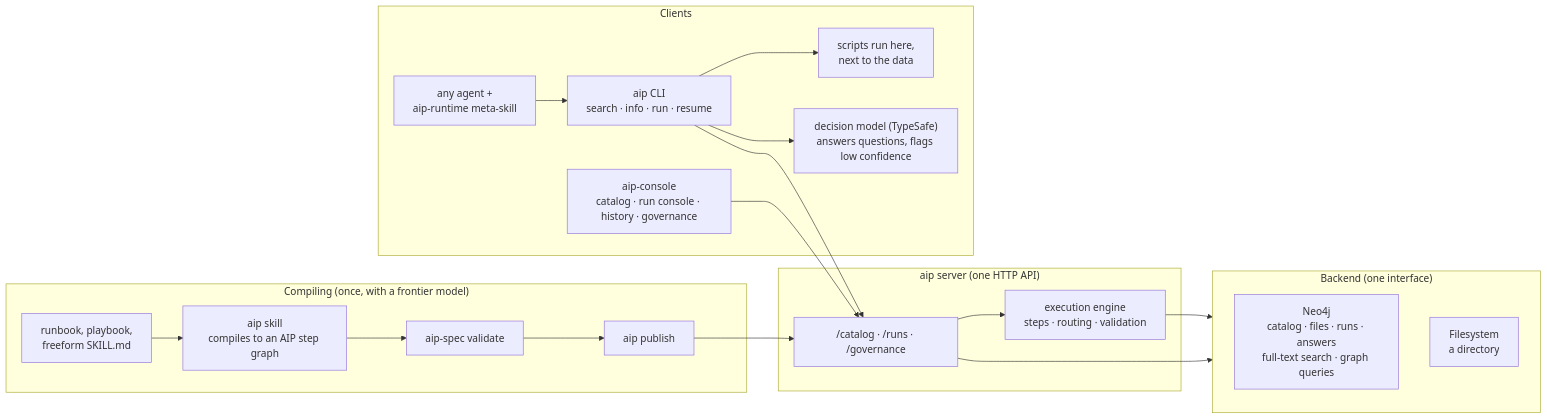
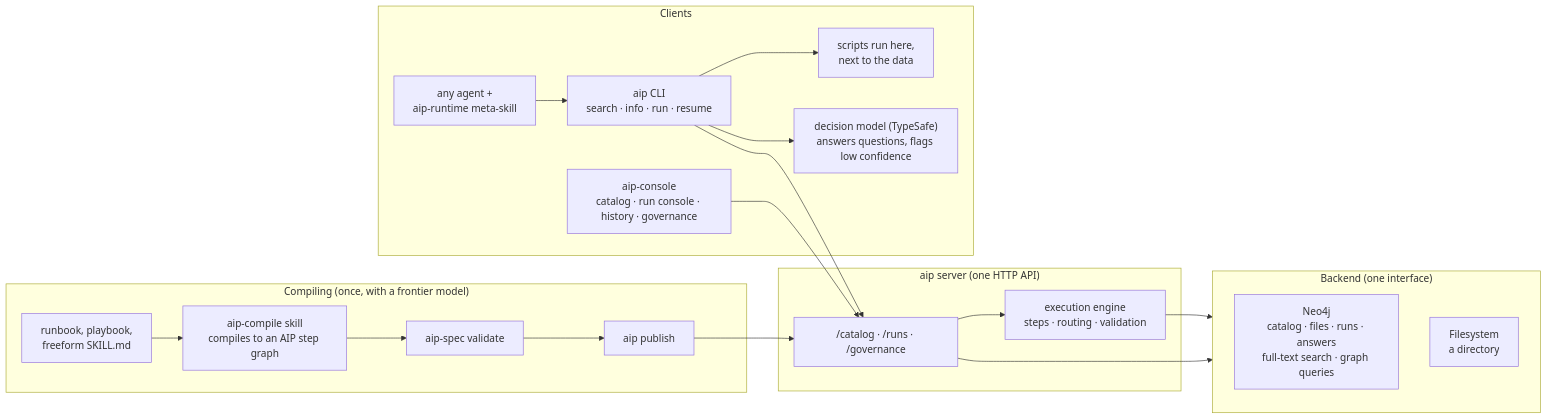
The diagram in README.md (zach-blumenfeld/aip), drawn with Mermaid before and after one commit.

Commit message:
README: the flowchart names aip-compile

````diff
--- a/README.md
+++ b/README.md
@@ -84,30 +84,30 @@
 ```mermaid
 flowchart LR
     subgraph compiling["Compiling (once, with a frontier model)"]
-        doc["runbook, playbook,<br/>freeform SKILL.md"] --> skill["aip skill<br/>compiles to an AIP step graph"]
+        doc["runbook, playbook,<br/>freeform SKILL.md"] --> skill["aip-compile skill<br/>compiles to an AIP step graph"]
         skill --> validate["aip-spec validate"]
         validate --> publish["aip publish"]
     end
     subgraph clients["Clients"]
         agent["any agent +<br/>aip-runtime meta-skill"] --> cli["aip CLI<br/>search · info · run · resume"]
         insp["aip-console<br/>catalog · run console · history · governance"]
         scripts["scripts run here,<br/>next to the data"]
         model["decision model (TypeSafe)<br/>answers questions, flags low confidence"]
         cli --> scripts
         cli --> model
     end
     subgraph server["aip server (one HTTP API)"]
         api["/catalog · /runs · /governance"]
         engine["execution engine<br/>steps · routing · validation"]
         api --> engine
     end
     subgraph backend["Backend (one interface)"]
         neo["Neo4j<br/>catalog · files · runs · answers<br/>full-text search · graph queries"]
         fs["Filesystem<br/>a directory"]
     end
     publish --> api
     cli --> api
     insp --> api
     engine --> backend
     api --> backend
 ```
````
